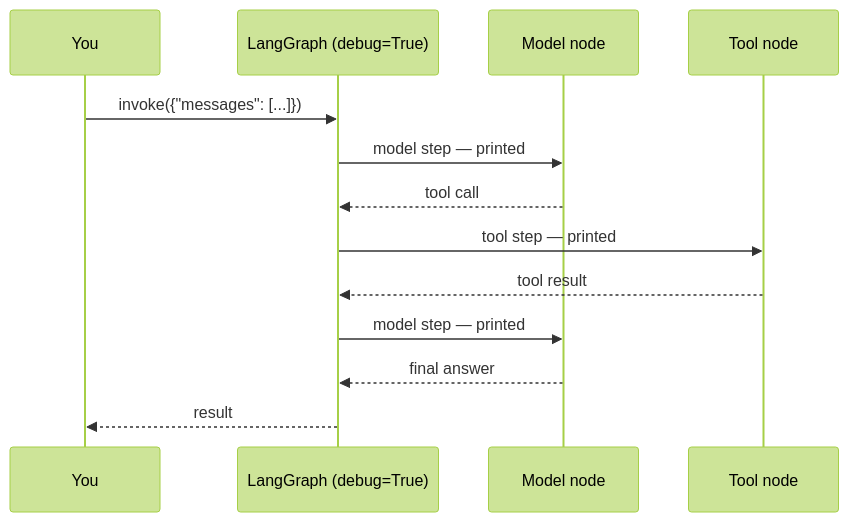
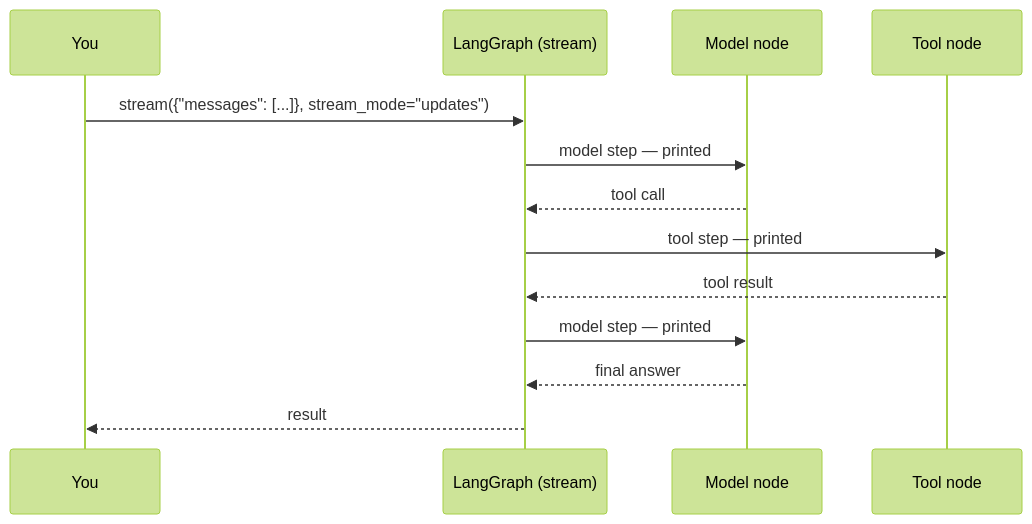
One commit to JustCodeIt7/LangChain_DeepAgents changed the diagram in deepagents_101/02-models_and_prompts/diagrams/debug_trace.mmd. Above: the diagram before and after it, drawn with Mermaid (forest theme). The commit also changed 5 other files, not shown here.

First line of the commit message:
Update slides.md to clarify debug mode functionality

```diff
--- a/deepagents_101/02-models_and_prompts/diagrams/debug_trace.mmd
+++ b/deepagents_101/02-models_and_prompts/diagrams/debug_trace.mmd
@@ -1,13 +1,13 @@
 sequenceDiagram
     participant U as You
-    participant G as LangGraph (debug=True)
+    participant G as LangGraph (stream)
     participant M as Model node
     participant T as Tool node
-    U->>G: invoke({"messages": [...]})
+    U->>G: stream({"messages": [...]}, stream_mode="updates")
     G->>M: model step — printed
     M-->>G: tool call
     G->>T: tool step — printed
     T-->>G: tool result
     G->>M: model step — printed
     M-->>G: final answer
     G-->>U: result
```
